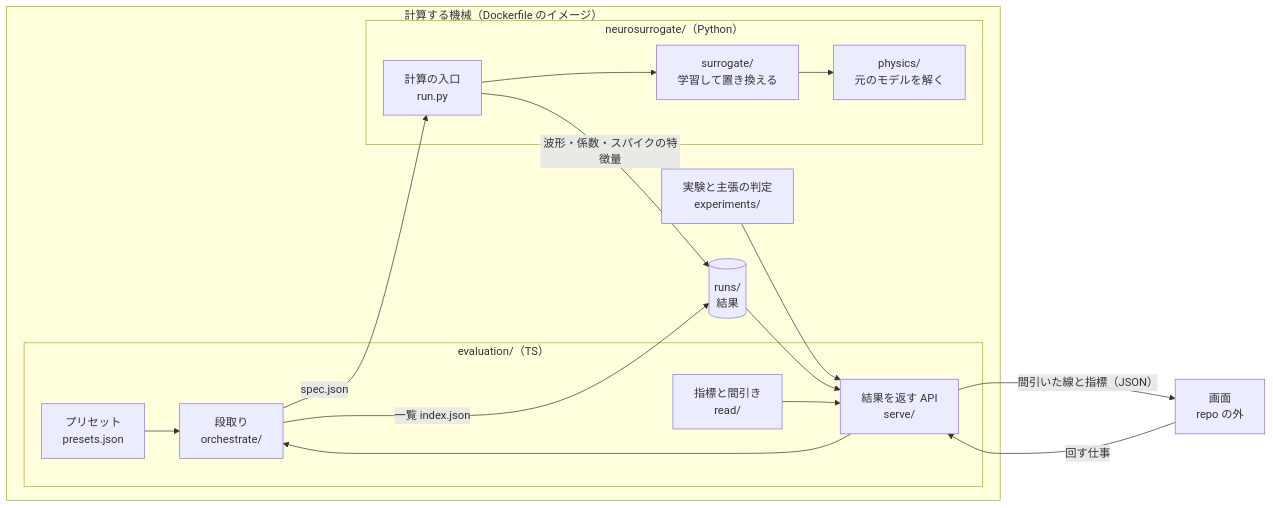
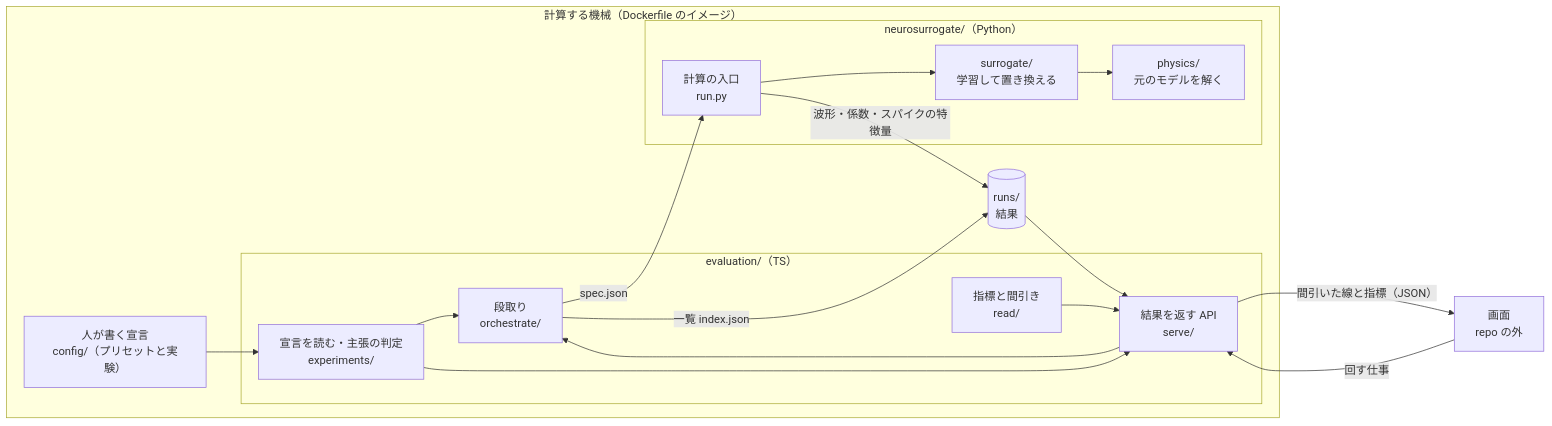
One commit to MunechikaHaruki/SINDyNeuroSurrogate changed the first of 3 diagrams in README.md. Above: the diagram before and after it, drawn with Mermaid. The commit also changed 27 other files, not shown here.

````diff
--- a/README.md
+++ b/README.md
@@ -15,31 +15,32 @@
 ```mermaid
 flowchart LR
   subgraph machine["計算する機械（Dockerfile のイメージ）"]
+    config["人が書く宣言<br/>config/（プリセットと実験）"]
     subgraph ts["evaluation/（TS）"]
-      conf["プリセット<br/>presets.json"]
+      exp["宣言を読む・主張の判定<br/>experiments/"]
       orch["段取り<br/>orchestrate/"]
       serve["結果を返す API<br/>serve/"]
       read["指標と間引き<br/>read/"]
     end
-    exp["実験と主張の判定<br/>experiments/"]
     subgraph py["neurosurrogate/（Python）"]
       entry["計算の入口<br/>run.py"]
       surr["surrogate/<br/>学習して置き換える"]
       phys["physics/<br/>元のモデルを解く"]
     end
     runs[("runs/<br/>結果")]
   end
   view["画面<br/>repo の外"]
-  conf --> orch
+  config --> exp
+  exp --> orch
   orch -- "spec.json" --> entry
   entry --> surr
   surr --> phys
   entry -- "波形・係数・スパイクの特徴量" --> runs
   orch -- "一覧 index.json" --> runs
   runs --> serve
   read --> serve
   exp --> serve
   serve -- "間引いた線と指標（JSON）" --> view
   view -- "回す仕事" --> serve
   serve --> orch
 ```
````
